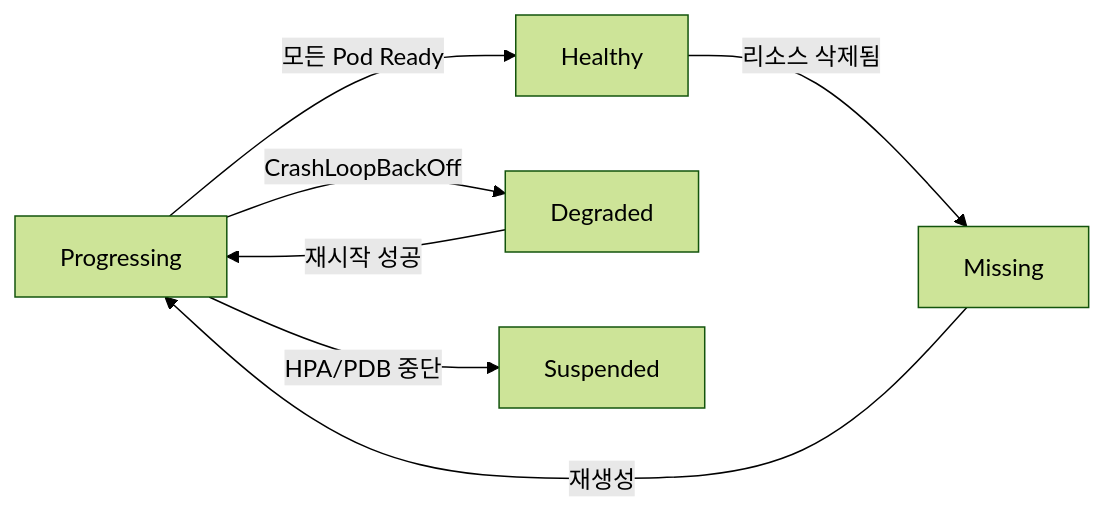
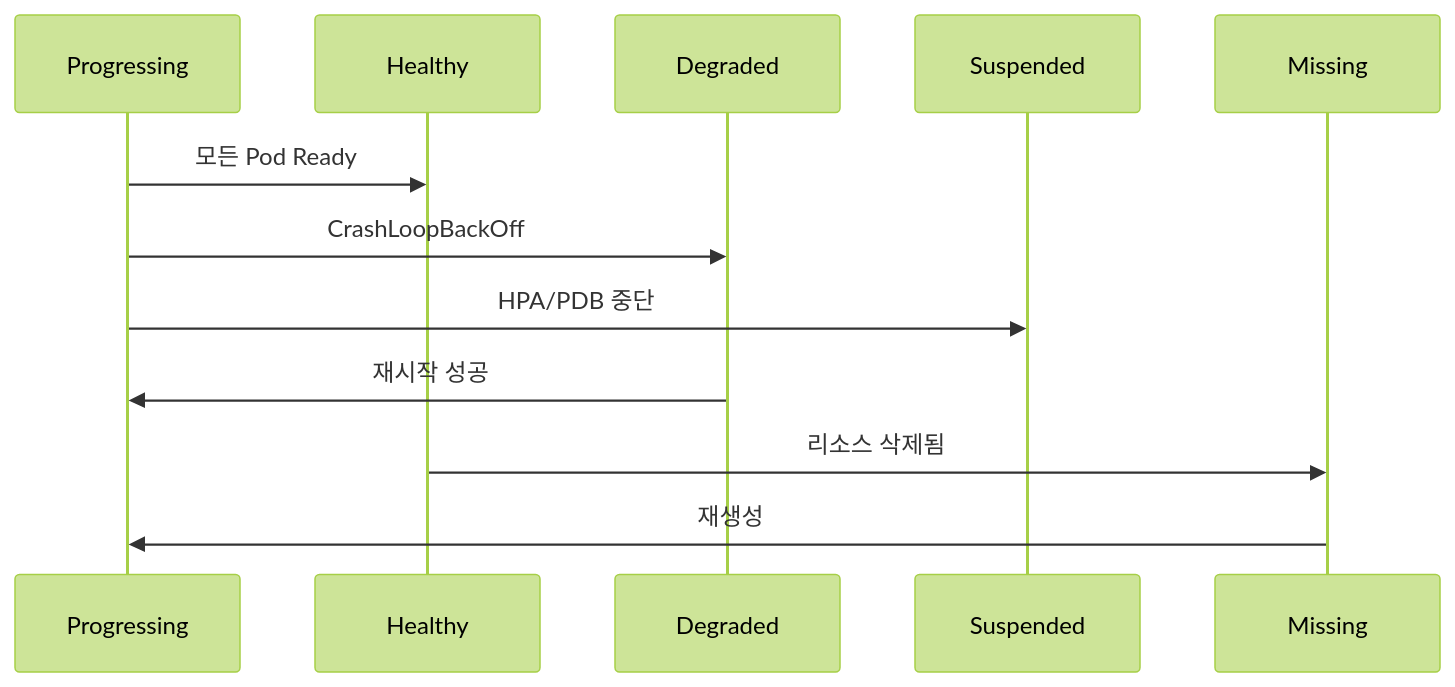
The fifth of 7 diagrams in _posts/cicd/2026-05-03-gitops-argocd.md (yjkim2015/yjkim2015.github.io), drawn with Mermaid (forest theme) before and after one commit. The commit also changed other lines of this file and 89 other files, not shown here.

First line of the commit message:
복잡한 flowchart 163개 → sequenceDiagram 변환 (90파일)

````diff
--- a/_posts/cicd/2026-05-03-gitops-argocd.md
+++ b/_posts/cicd/2026-05-03-gitops-argocd.md
@@ -191,14 +190,9 @@
 ```mermaid
-graph LR
-    Progressing["Progressing"]
-    Healthy["Healthy"]
-    Degraded["Degraded"]
-    Suspended["Suspended"]
-    Missing["Missing"]
-    Progressing -->|"모든 Pod Ready"| Healthy
-    Progressing -->|"CrashLoopBackOff"| Degraded
-    Progressing -->|"HPA/PDB 중단"| Suspended
-    Degraded -->|"재시작 성공"| Progressing
-    Healthy -->|"리소스 삭제됨"| Missing
-    Missing -->|"재생성"| Progressing
+sequenceDiagram
+    Progressing->>Healthy: 모든 Pod Ready
+    Progressing->>Degraded: CrashLoopBackOff
+    Progressing->>Suspended: HPA/PDB 중단
+    Degraded->>Progressing: 재시작 성공
+    Healthy->>Missing: 리소스 삭제됨
+    Missing->>Progressing: 재생성
 ```
````
